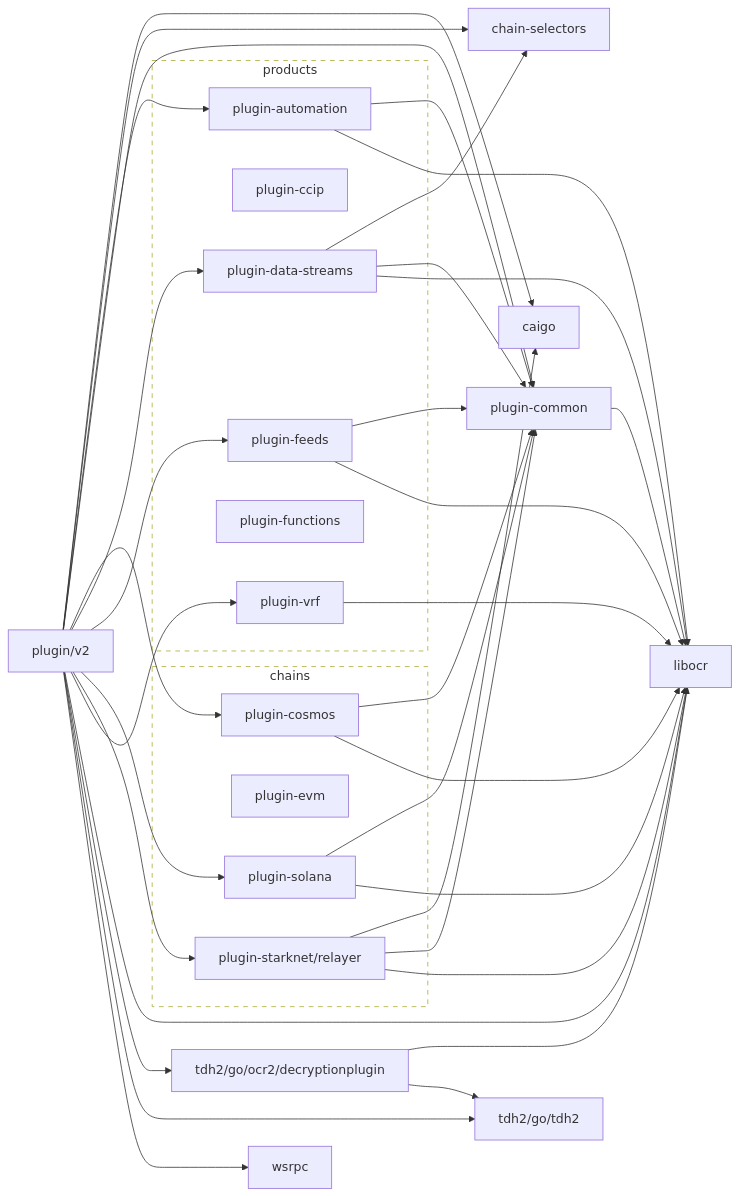
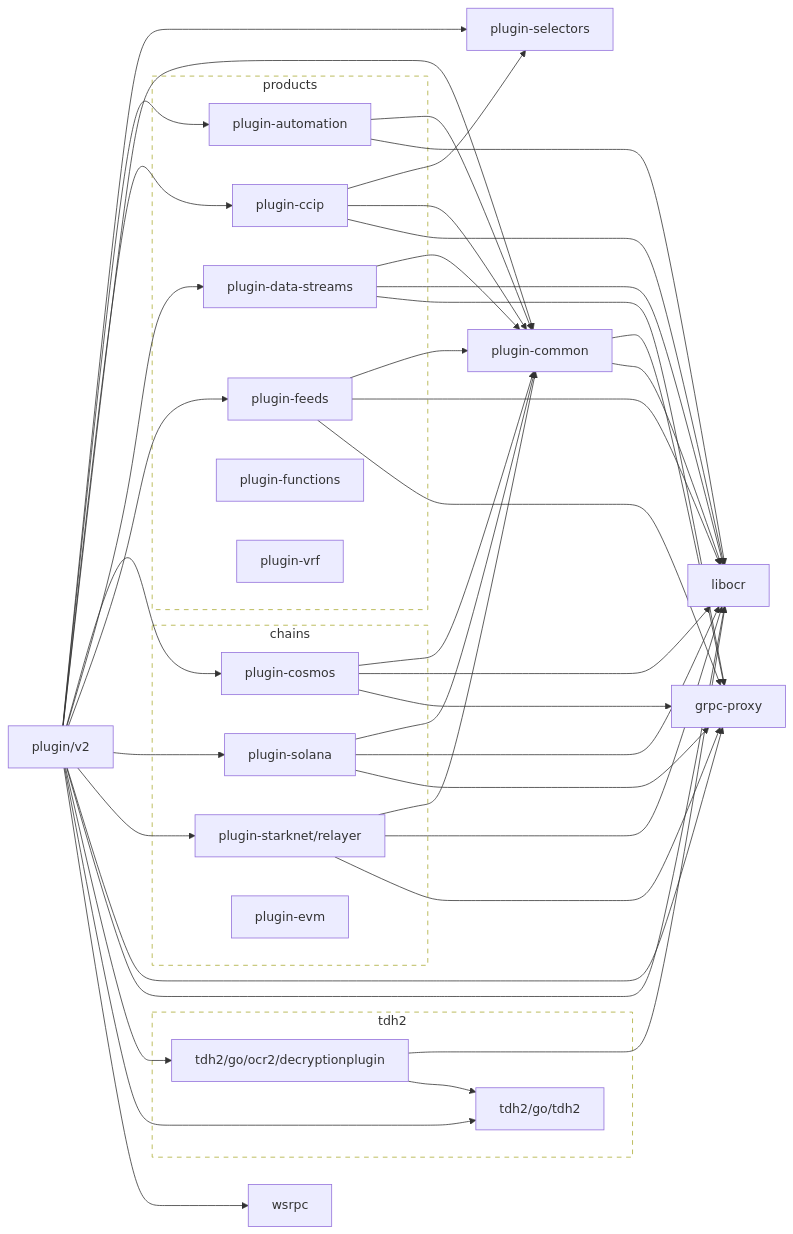
One commit to raghu0891/plugin-sandbox changed the diagram in go.md. Above: the diagram before and after it, drawn with Mermaid. The commit also changed 4149 other files, not shown here.

````diff
--- a/go.md
+++ b/go.md
@@ -2,68 +2,79 @@
 ```mermaid
 flowchart LR
   subgraph chains
     plugin-cosmos
-    plugin-evm
     plugin-solana
     plugin-starknet/relayer
+    plugin-evm
   end
 
   subgraph products
     plugin-automation
     plugin-ccip
     plugin-data-streams
     plugin-feeds
     plugin-functions
     plugin-vrf
   end
 
+  subgraph tdh2
+    tdh2/go/tdh2
+    tdh2/go/ocr2/decryptionplugin
+  end
+
   classDef outline stroke-dasharray:6,fill:none;
-  class chains,products outline
+  class chains,products,tdh2 outline
 
-  plugin/v2 --> caigo
-  click caigo href "https://github.com/goplugin/caigo"
-  plugin/v2 --> chain-selectors
-  click chain-selectors href "https://github.com/goplugin/chain-selectors"
+  plugin/v2 --> plugin-selectors
+  click plugin-selectors href "https://github.com/goplugin/chain-selectors"
   plugin/v2 --> plugin-automation
   click plugin-automation href "https://github.com/goplugin/plugin-automation"
+  plugin/v2 --> plugin-ccip
+  click plugin-ccip href "https://github.com/goplugin/plugin-ccip"
   plugin/v2 --> plugin-common
   click plugin-common href "https://github.com/goplugin/plugin-common"
   plugin/v2 --> plugin-cosmos
   click plugin-cosmos href "https://github.com/goplugin/plugin-cosmos"
   plugin/v2 --> plugin-data-streams
   click plugin-data-streams href "https://github.com/goplugin/plugin-data-streams"
   plugin/v2 --> plugin-feeds
   click plugin-feeds href "https://github.com/goplugin/plugin-feeds"
   plugin/v2 --> plugin-solana
   click plugin-solana href "https://github.com/goplugin/plugin-solana"
   plugin/v2 --> plugin-starknet/relayer
   click plugin-starknet/relayer href "https://github.com/goplugin/plugin-starknet"
-  plugin/v2 --> plugin-vrf
-  click plugin-vrf href "https://github.com/goplugin/plugin-vrf"
+  plugin/v2 --> grpc-proxy
+  click grpc-proxy href "https://github.com/goplugin/grpc-proxy"
   plugin/v2 --> libocr
   click libocr href "https://github.com/goplugin/plugin-libocr"
   plugin/v2 --> tdh2/go/ocr2/decryptionplugin
   click tdh2/go/ocr2/decryptionplugin href "https://github.com/goplugin/tdh2"
   plugin/v2 --> tdh2/go/tdh2
   click tdh2/go/tdh2 href "https://github.com/goplugin/tdh2"
   plugin/v2 --> wsrpc
   click wsrpc href "https://github.com/goplugin/wsrpc"
   plugin-automation --> plugin-common
   plugin-automation --> libocr
+  plugin-ccip --> plugin-selectors
+  plugin-ccip --> plugin-common
+  plugin-ccip --> libocr
+  plugin-common --> grpc-proxy
   plugin-common --> libocr
   plugin-cosmos --> plugin-common
   plugin-cosmos --> libocr
-  plugin-data-streams --> chain-selectors
+  plugin-cosmos --> grpc-proxy
   plugin-data-streams --> plugin-common
   plugin-data-streams --> libocr
+  plugin-data-streams --> grpc-proxy
   plugin-feeds --> plugin-common
   plugin-feeds --> libocr
+  plugin-feeds --> grpc-proxy
   plugin-solana --> plugin-common
   plugin-solana --> libocr
-  plugin-starknet/relayer --> caigo
+  plugin-solana --> grpc-proxy
   plugin-starknet/relayer --> plugin-common
   plugin-starknet/relayer --> libocr
-  plugin-vrf --> libocr
+  plugin-starknet/relayer --> grpc-proxy
   tdh2/go/ocr2/decryptionplugin --> libocr
   tdh2/go/ocr2/decryptionplugin --> tdh2/go/tdh2
 ```
````
